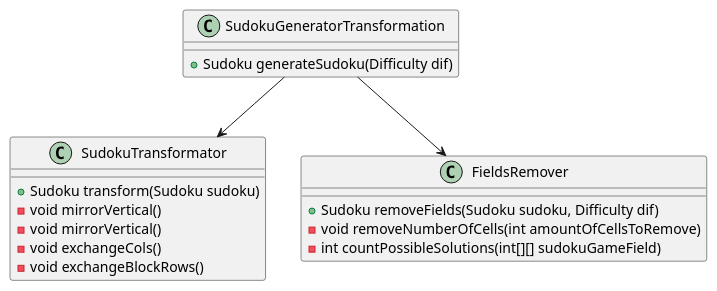
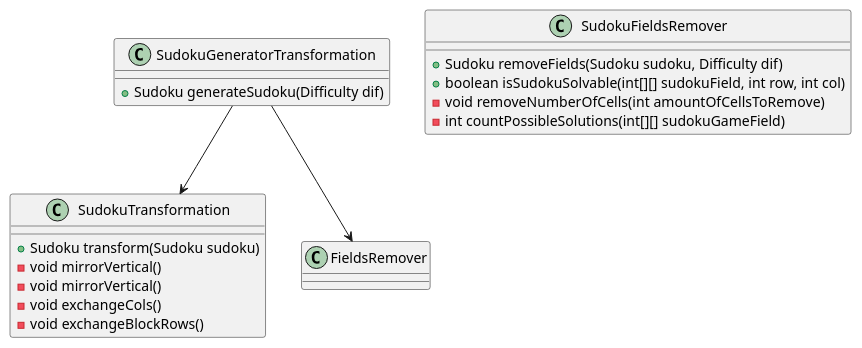
One commit to mohjohfox/cli-sudoku changed the diagram in uml/refacotring/large_class_nachher.puml. Above: the diagram before and after it, drawn with PlantUML. The commit also changed 15 other files, not shown here.

```diff
--- a/uml/refacotring/large_class_nachher.puml
+++ b/uml/refacotring/large_class_nachher.puml
@@ -1,22 +1,23 @@
 @startuml
-class SudokuTransformator {
+class SudokuTransformation {
    + Sudoku transform(Sudoku sudoku)
    - void mirrorVertical()
    - void mirrorVertical()
    - void exchangeCols()
    - void exchangeBlockRows()
 }
 
-class FieldsRemover {
+class SudokuFieldsRemover {
    + Sudoku removeFields(Sudoku sudoku, Difficulty dif)
+   + boolean isSudokuSolvable(int[][] sudokuField, int row, int col)
    - void removeNumberOfCells(int amountOfCellsToRemove)
    - int countPossibleSolutions(int[][] sudokuGameField)
  }
 
  class SudokuGeneratorTransformation {
   + Sudoku generateSudoku(Difficulty dif)
  }
 
 SudokuGeneratorTransformation --> FieldsRemover
-SudokuGeneratorTransformation --> SudokuTransformator
+SudokuGeneratorTransformation --> SudokuTransformation
 @enduml
```
